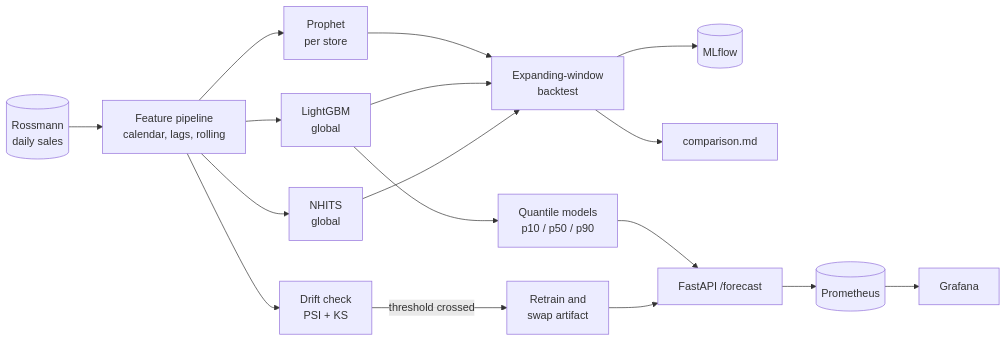
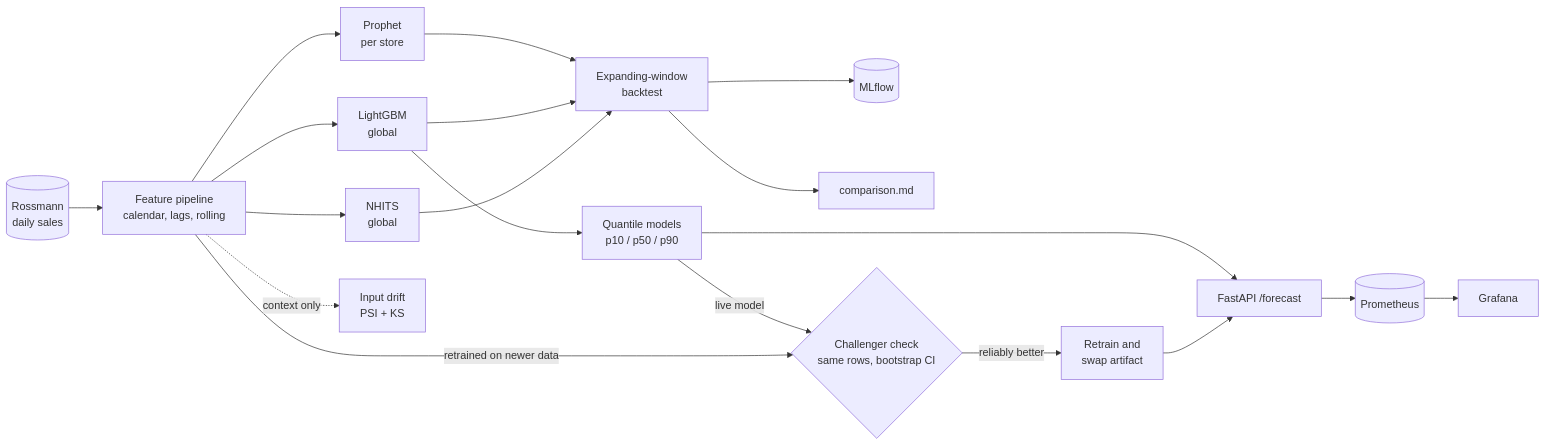
Before and after one commit to chiransh/foresight: the diagram in README.md, drawn with Mermaid. The commit also changed other lines of this file and 4 other files, not shown here.

First line of the commit message:
Retrain on a champion against challenger check, not on drift

````diff
--- a/README.md
+++ b/README.md
@@ -15,19 +15,21 @@
 ```mermaid
 flowchart LR
     RAW[(Rossmann<br/>daily sales)] --> FE[Feature pipeline<br/>calendar, lags, rolling]
     FE --> P[Prophet<br/>per store]
     FE --> L[LightGBM<br/>global]
     FE --> N[NHITS<br/>global]
     P --> BT[Expanding-window<br/>backtest]
     L --> BT
     N --> BT
     BT --> ML[(MLflow)]
     BT --> CMP[comparison.md]
     L --> Q[Quantile models<br/>p10 / p50 / p90]
     Q --> API[FastAPI /forecast]
     API --> PR[(Prometheus)]
     PR --> GR[Grafana]
-    FE --> D[Drift check<br/>PSI + KS]
-    D -->|threshold crossed| RT[Retrain and<br/>swap artifact]
+    Q -->|live model| CC{Challenger check<br/>same rows, bootstrap CI}
+    FE -->|retrained on newer data| CC
+    CC -->|reliably better| RT[Retrain and<br/>swap artifact]
     RT --> API
+    FE -.->|context only| D[Input drift<br/>PSI + KS]
 ```
````
